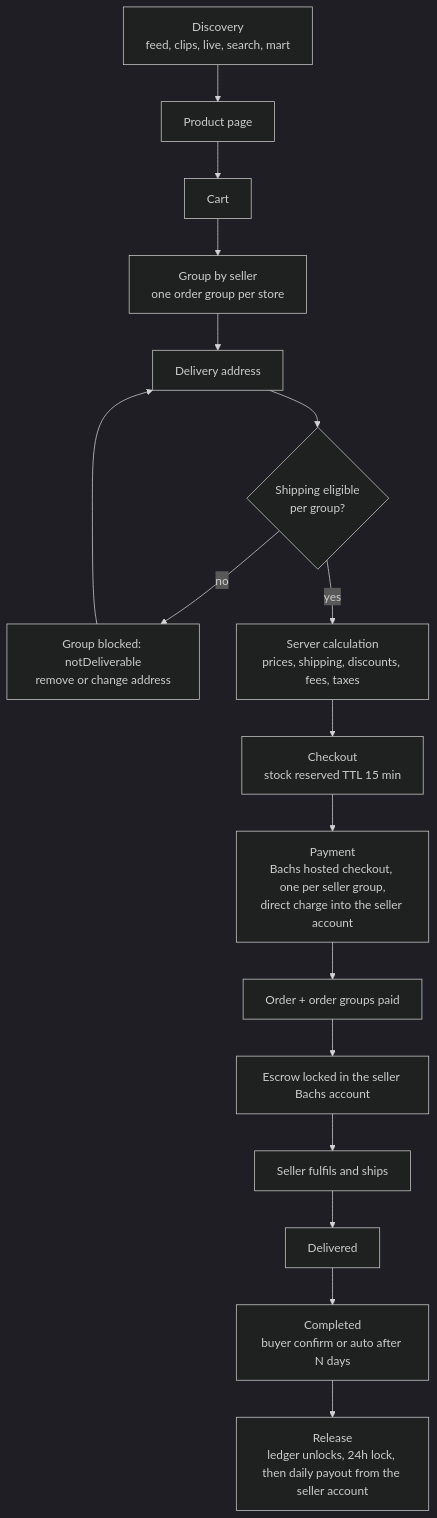
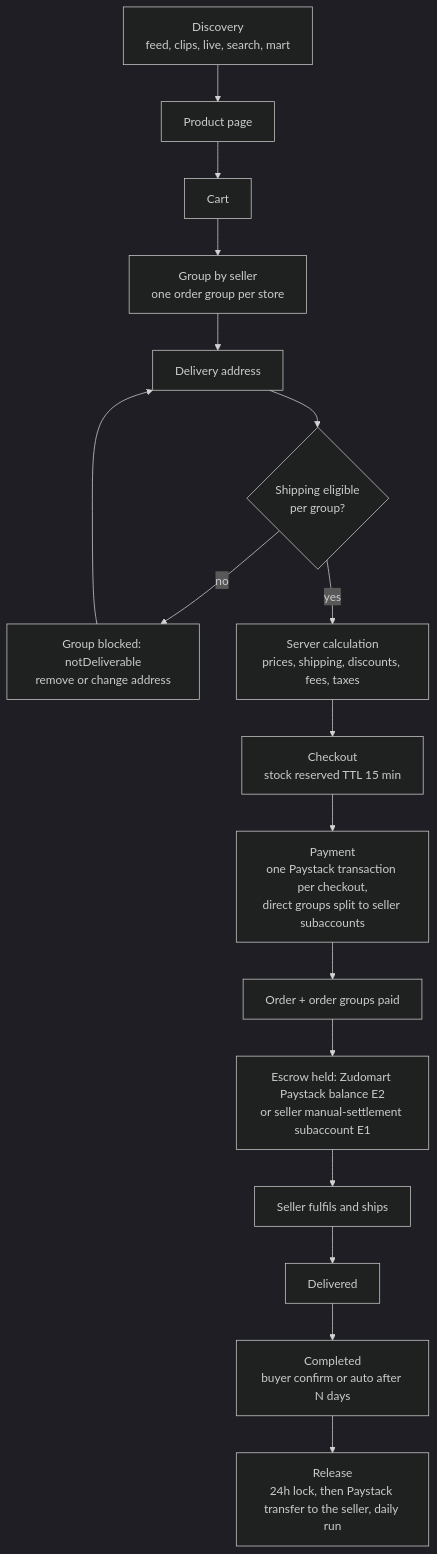
The first of 5 diagrams in docs/architecture/marketplace.md (telente-technologies/nantty), drawn with Mermaid (dark theme) before and after one commit. The commit also changed other lines of this file and 2 other files, not shown here.

Commit message:
docs(architecture): payments marketplace and events docs [skip build]

````diff
--- a/docs/architecture/marketplace.md
+++ b/docs/architecture/marketplace.md
@@ -19,19 +19,19 @@
 ```mermaid
 flowchart TD
   A[Discovery<br/>feed, clips, live, search, mart] --> B[Product page]
   B --> C[Cart]
   C --> D[Group by seller<br/>one order group per store]
   D --> E[Delivery address]
   E --> F{Shipping eligible<br/>per group?}
   F -- no --> F1[Group blocked: notDeliverable<br/>remove or change address]
   F -- yes --> G[Server calculation<br/>prices, shipping, discounts, fees, taxes]
   F1 --> E
   G --> H[Checkout<br/>stock reserved TTL 15 min]
-  H --> I[Payment<br/>Bachs hosted checkout, one per seller group,<br/>direct charge into the seller account]
+  H --> I[Payment<br/>one Paystack transaction per checkout,<br/>direct groups split to seller subaccounts]
   I --> J[Order + order groups paid]
-  J --> K[Escrow locked in the seller Bachs account]
+  J --> K[Escrow held: Zudomart Paystack balance E2<br/>or seller manual-settlement subaccount E1]
   K --> L[Seller fulfils and ships]
   L --> M[Delivered]
   M --> N[Completed<br/>buyer confirm or auto after N days]
-  N --> O[Release<br/>ledger unlocks, 24h lock, then daily payout from the seller account]
+  N --> O[Release<br/>24h lock, then Paystack transfer to the seller, daily run]
 ```
````
